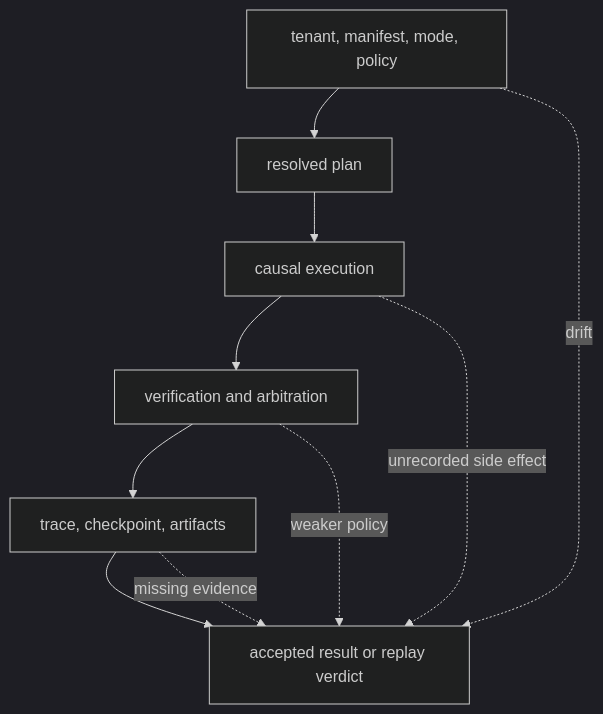
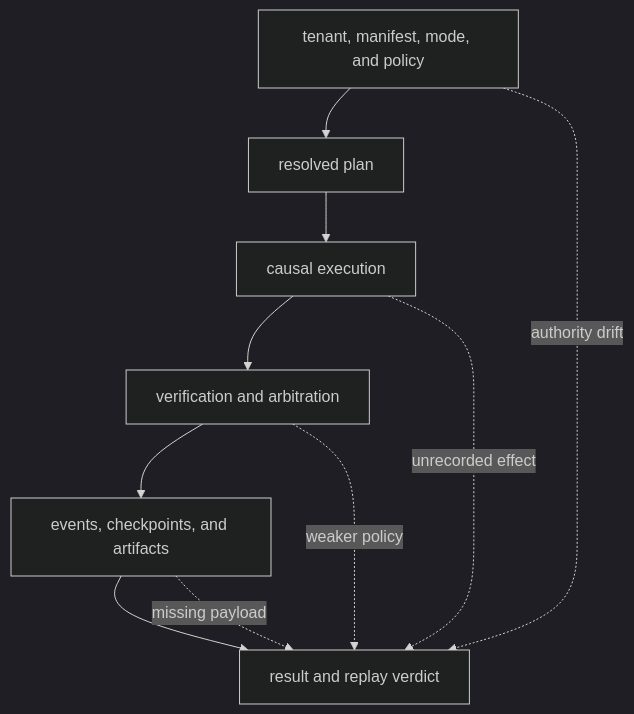
The first of 2 diagrams in docs/06-bijux-canon-runtime/quality/risk-register.md (bijux/bijux-canon), drawn with Mermaid (dark theme) before and after one commit. The commit also changed other lines of this file and 1 other file, not shown here.

Commit message:
docs(runtime): define authority limits and risks

````diff
--- a/docs/06-bijux-canon-runtime/quality/risk-register.md
+++ b/docs/06-bijux-canon-runtime/quality/risk-register.md
@@ -19,15 +19,13 @@
 ```mermaid
 flowchart TD
-    authority["tenant, manifest, mode, policy"]
-    plan["resolved plan"]
-    execute["causal execution"]
-    verify["verification and arbitration"]
-    persist["trace, checkpoint, artifacts"]
-    verdict["accepted result or replay verdict"]
+    authority["tenant, manifest, mode, and policy"] --> plan["resolved plan"]
+    plan --> execution["causal execution"]
+    execution --> verification["verification and arbitration"]
+    verification --> checkpoint["events, checkpoints, and artifacts"]
+    checkpoint --> verdict["result and replay verdict"]
 
-    authority --> plan --> execute --> verify --> persist --> verdict
-    authority -. "drift" .-> verdict
-    execute -. "unrecorded side effect" .-> verdict
-    verify -. "weaker policy" .-> verdict
-    persist -. "missing evidence" .-> verdict
+    authority -. "authority drift" .-> verdict
+    execution -. "unrecorded effect" .-> verdict
+    verification -. "weaker policy" .-> verdict
+    checkpoint -. "missing payload" .-> verdict
 ```
````
